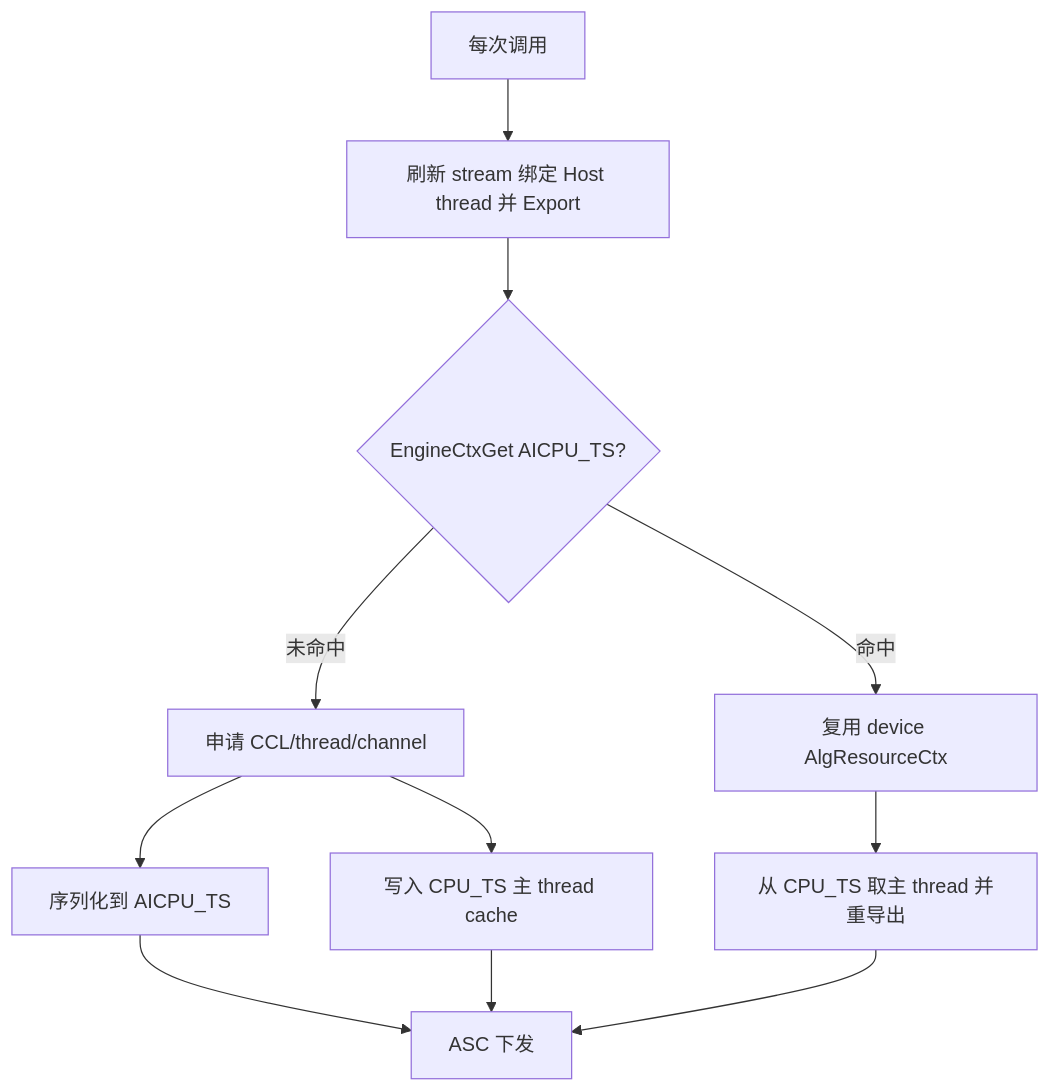
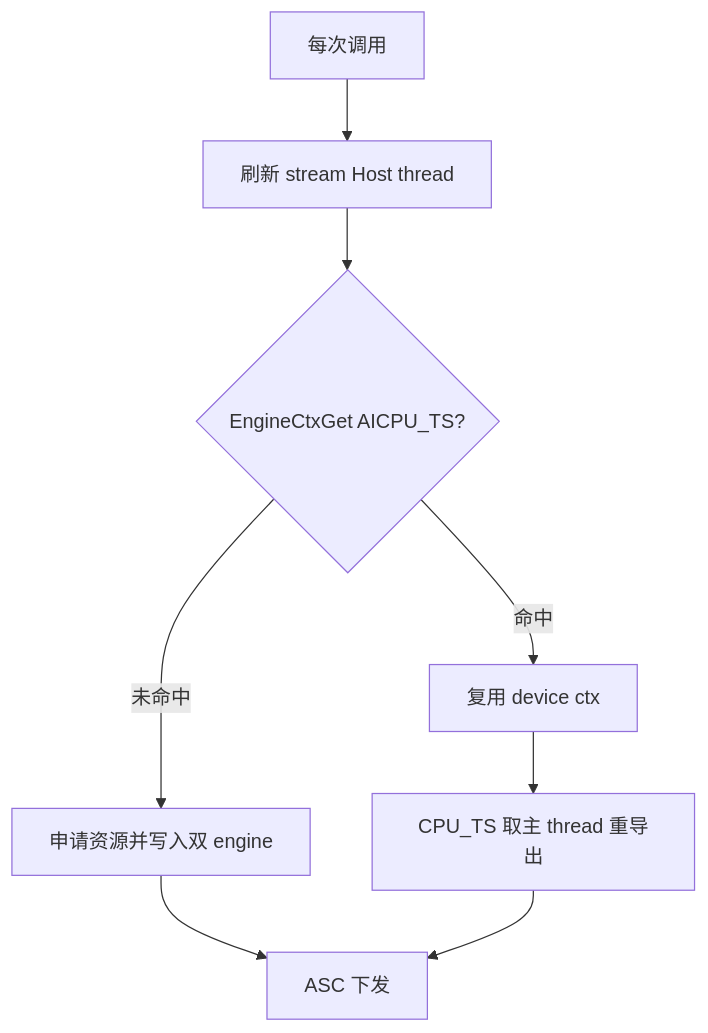
The second of 4 diagrams in docs/aicpu_custom_communication_op_design.md (qingshangyan12/my_code), drawn with Mermaid before and after one commit. The commit also changed other lines of this file, not shown here.

First line of the commit message:
Consolidate AICPU design doc into 10 chapters

````diff
--- a/docs/aicpu_custom_communication_op_design.md
+++ b/docs/aicpu_custom_communication_op_design.md
@@ -284,13 +203,10 @@
 ```mermaid
 flowchart TB
-    A[每次调用] --> B[刷新 stream 绑定 Host thread 并 Export]
+    A[每次调用] --> B[刷新 stream Host thread]
     B --> C{EngineCtxGet AICPU_TS?}
-    C -->|命中| D[复用 device AlgResourceCtx]
-    C -->|未命中| E[申请 CCL/thread/channel]
-    E --> F[序列化到 AICPU_TS]
-    E --> G[写入 CPU_TS 主 thread cache]
-    D --> H[从 CPU_TS 取主 thread 并重导出]
-    F --> I[ASC 下发]
-    G --> I
-    H --> I
+    C -->|命中| D[复用 device ctx]
+    C -->|未命中| E[申请资源并写入双 engine]
+    D --> F[CPU_TS 取主 thread 重导出]
+    E --> G[ASC 下发]
+    F --> G
 ```
````
